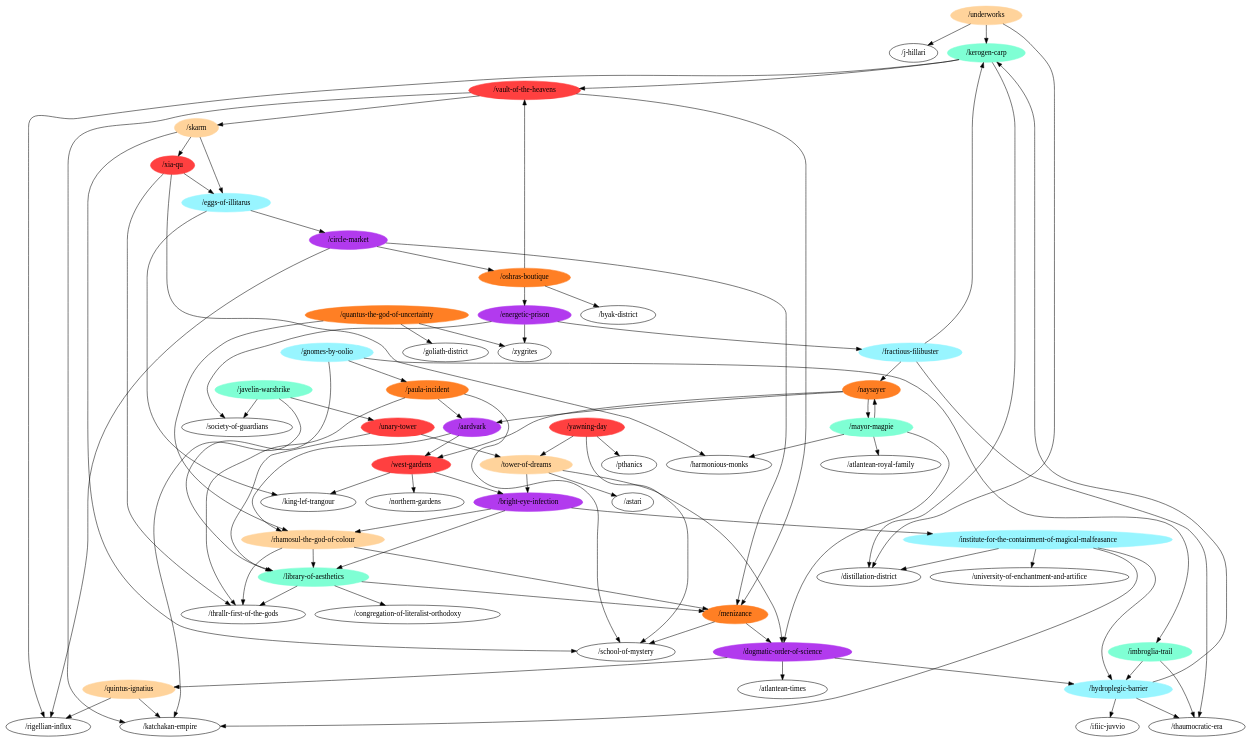
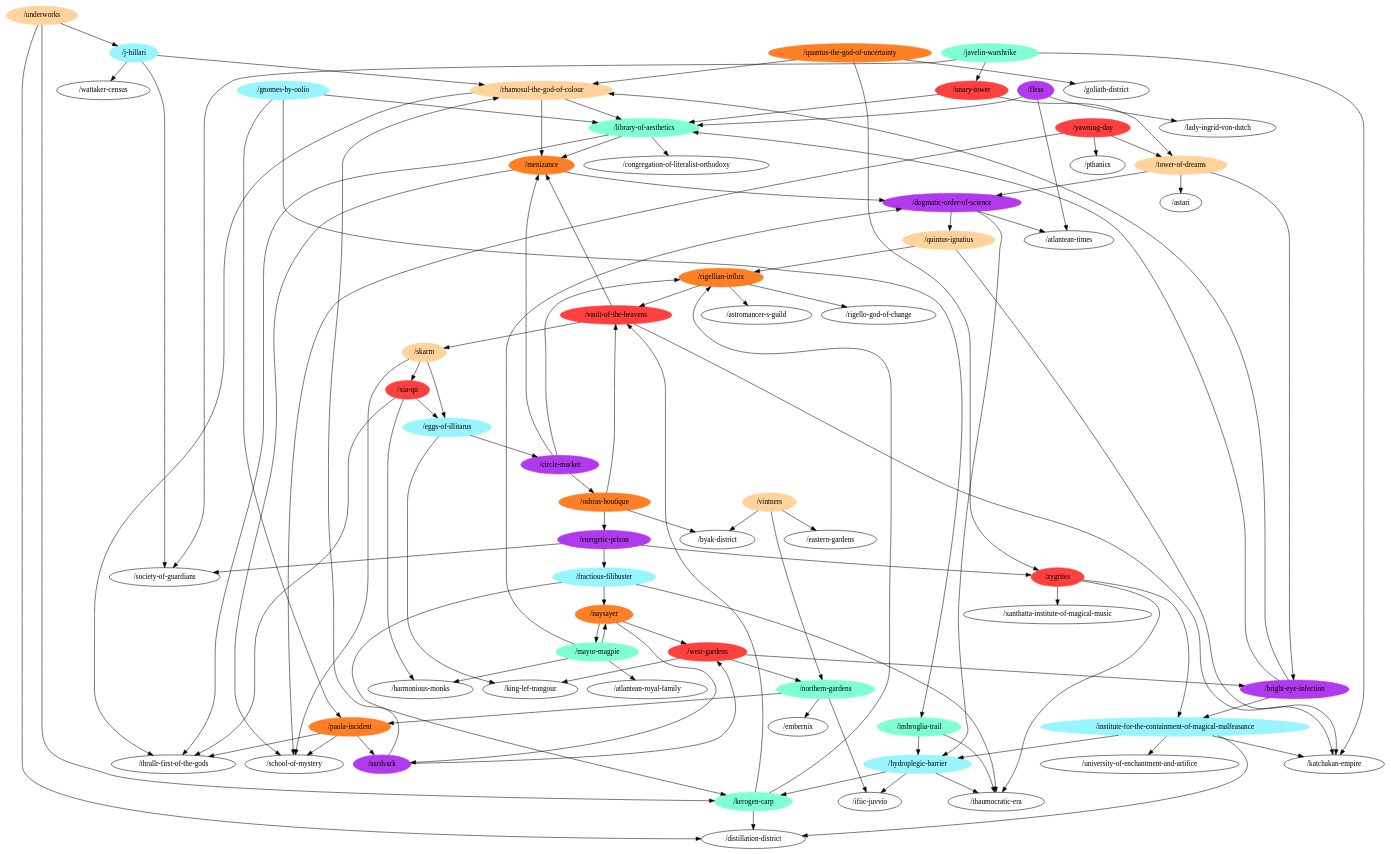
One commit to m-r-hunt/od117-walker changed the diagram in at-general.dot. Above: the diagram before and after it, drawn with Graphviz. The commit also changed 3 other files, not shown here.

Commit message:
Updated graphs.

```diff
--- a/at-general.dot
+++ b/at-general.dot
@@ -1,139 +1,166 @@
 digraph G {
 "/underworks" [color=burlywood1,style=filled];
 "/institute-for-the-containment-of-magical-malfeasance" [color=cadetblue1,style=filled];
-"/j-hillari";
+"/j-hillari" [color=cadetblue1,style=filled];
 "/thrallr-first-of-the-gods";
 "/harmonious-monks";
 "/unary-tower" [color=brown1,style=filled];
 "/kerogen-carp" [color=aquamarine,style=filled];
 "/goliath-district";
 "/atlantean-times";
 "/skarm" [color=burlywood1,style=filled];
 "/energetic-prison" [color=darkorchid2,style=filled];
 "/javelin-warshrike" [color=aquamarine,style=filled];
 "/school-of-mystery";
 "/imbroglia-trail" [color=aquamarine,style=filled];
 "/king-lef-trangour";
 "/rhamosul-the-god-of-colour" [color=burlywood1,style=filled];
 "/eggs-of-illitarus" [color=cadetblue1,style=filled];
 "/quantus-the-god-of-uncertainty" [color=chocolate1,style=filled];
 "/distillation-district";
+"/wattaker-census";
 "/paula-incident" [color=chocolate1,style=filled];
 "/naysayer" [color=chocolate1,style=filled];
+"/lady-ingrid-von-dutch";
 "/ifiic-juvvio";
-"/northern-gardens";
+"/northern-gardens" [color=aquamarine,style=filled];
 "/quintus-ignatius" [color=burlywood1,style=filled];
 "/bright-eye-infection" [color=darkorchid2,style=filled];
 "/society-of-guardians";
 "/byak-district";
+"/xanthatta-institute-of-magical-music";
 "/vault-of-the-heavens" [color=brown1,style=filled];
 "/west-gardens" [color=brown1,style=filled];
+"/vintners" [color=burlywood1,style=filled];
 "/xia-qu" [color=brown1,style=filled];
 "/thaumocratic-era";
 "/mayor-magpie" [color=aquamarine,style=filled];
 "/astari";
 "/yawning-day" [color=brown1,style=filled];
 "/tower-of-dreams" [color=burlywood1,style=filled];
-"/zygrites";
+"/eastern-gardens";
+"/zygrites" [color=brown1,style=filled];
+"/astromancer-s-guild";
 "/atlantean-royal-family";
 "/oshras-boutique" [color=chocolate1,style=filled];
+"/fleas" [color=darkorchid2,style=filled];
+"/rigello-god-of-change";
 "/pthanics";
+"/embernix";
 "/dogmatic-order-of-science" [color=darkorchid2,style=filled];
 "/congregation-of-literalist-orthodoxy";
-"/rigellian-influx";
+"/rigellian-influx" [color=chocolate1,style=filled];
 "/fractious-filibuster" [color=cadetblue1,style=filled];
 "/hydroplegic-barrier" [color=cadetblue1,style=filled];
 "/gnomes-by-oolio" [color=cadetblue1,style=filled];
 "/library-of-aesthetics" [color=aquamarine,style=filled];
 "/circle-market" [color=darkorchid2,style=filled];
 "/menizance" [color=chocolate1,style=filled];
 "/university-of-enchantment-and-artifice";
 "/katchakan-empire";
 "/aardvark" [color=darkorchid2,style=filled];
 "/underworks" -> "/j-hillari";
 "/underworks" -> "/kerogen-carp";
 "/underworks" -> "/distillation-district";
 "/institute-for-the-containment-of-magical-malfeasance" -> "/distillation-district";
 "/institute-for-the-containment-of-magical-malfeasance" -> "/hydroplegic-barrier";
 "/institute-for-the-containment-of-magical-malfeasance" -> "/university-of-enchantment-and-artifice";
 "/institute-for-the-containment-of-magical-malfeasance" -> "/katchakan-empire";
+"/j-hillari" -> "/rhamosul-the-god-of-colour";
+"/j-hillari" -> "/wattaker-census";
+"/j-hillari" -> "/society-of-guardians";
 "/unary-tower" -> "/tower-of-dreams";
 "/unary-tower" -> "/library-of-aesthetics";
 "/kerogen-carp" -> "/distillation-district";
 "/kerogen-carp" -> "/vault-of-the-heavens";
 "/kerogen-carp" -> "/rigellian-influx";
 "/skarm" -> "/school-of-mystery";
 "/skarm" -> "/eggs-of-illitarus";
 "/skarm" -> "/xia-qu";
 "/energetic-prison" -> "/society-of-guardians";
 "/energetic-prison" -> "/zygrites";
 "/energetic-prison" -> "/fractious-filibuster";
 "/javelin-warshrike" -> "/unary-tower";
 "/javelin-warshrike" -> "/society-of-guardians";
 "/javelin-warshrike" -> "/katchakan-empire";
 "/imbroglia-trail" -> "/thaumocratic-era";
 "/imbroglia-trail" -> "/hydroplegic-barrier";
 "/rhamosul-the-god-of-colour" -> "/thrallr-first-of-the-gods";
 "/rhamosul-the-god-of-colour" -> "/library-of-aesthetics";
 "/rhamosul-the-god-of-colour" -> "/menizance";
 "/eggs-of-illitarus" -> "/king-lef-trangour";
 "/eggs-of-illitarus" -> "/circle-market";
 "/quantus-the-god-of-uncertainty" -> "/goliath-district";
 "/quantus-the-god-of-uncertainty" -> "/rhamosul-the-god-of-colour";
 "/quantus-the-god-of-uncertainty" -> "/zygrites";
 "/paula-incident" -> "/thrallr-first-of-the-gods";
 "/paula-incident" -> "/school-of-mystery";
 "/paula-incident" -> "/aardvark";
 "/naysayer" -> "/west-gardens";
 "/naysayer" -> "/mayor-magpie";
 "/naysayer" -> "/aardvark";
+"/northern-gardens" -> "/paula-incident";
+"/northern-gardens" -> "/ifiic-juvvio";
+"/northern-gardens" -> "/embernix";
 "/quintus-ignatius" -> "/rigellian-influx";
 "/quintus-ignatius" -> "/katchakan-empire";
 "/bright-eye-infection" -> "/institute-for-the-containment-of-magical-malfeasance";
 "/bright-eye-infection" -> "/rhamosul-the-god-of-colour";
 "/bright-eye-infection" -> "/library-of-aesthetics";
 "/vault-of-the-heavens" -> "/skarm";
 "/vault-of-the-heavens" -> "/menizance";
 "/vault-of-the-heavens" -> "/katchakan-empire";
 "/west-gardens" -> "/king-lef-trangour";
 "/west-gardens" -> "/northern-gardens";
 "/west-gardens" -> "/bright-eye-infection";
+"/vintners" -> "/northern-gardens";
+"/vintners" -> "/byak-district";
+"/vintners" -> "/eastern-gardens";
 "/xia-qu" -> "/thrallr-first-of-the-gods";
 "/xia-qu" -> "/harmonious-monks";
 "/xia-qu" -> "/eggs-of-illitarus";
 "/mayor-magpie" -> "/harmonious-monks";
 "/mayor-magpie" -> "/naysayer";
 "/mayor-magpie" -> "/atlantean-royal-family";
 "/mayor-magpie" -> "/dogmatic-order-of-science";
 "/yawning-day" -> "/school-of-mystery";
 "/yawning-day" -> "/tower-of-dreams";
 "/yawning-day" -> "/pthanics";
 "/tower-of-dreams" -> "/bright-eye-infection";
 "/tower-of-dreams" -> "/astari";
 "/tower-of-dreams" -> "/dogmatic-order-of-science";
+"/zygrites" -> "/institute-for-the-containment-of-magical-malfeasance";
+"/zygrites" -> "/xanthatta-institute-of-magical-music";
+"/zygrites" -> "/thaumocratic-era";
 "/oshras-boutique" -> "/energetic-prison";
 "/oshras-boutique" -> "/byak-district";
 "/oshras-boutique" -> "/vault-of-the-heavens";
+"/fleas" -> "/atlantean-times";
+"/fleas" -> "/lady-ingrid-von-dutch";
+"/fleas" -> "/library-of-aesthetics";
 "/dogmatic-order-of-science" -> "/atlantean-times";
 "/dogmatic-order-of-science" -> "/quintus-ignatius";
 "/dogmatic-order-of-science" -> "/hydroplegic-barrier";
+"/rigellian-influx" -> "/vault-of-the-heavens";
+"/rigellian-influx" -> "/astromancer-s-guild";
+"/rigellian-influx" -> "/rigello-god-of-change";
 "/fractious-filibuster" -> "/kerogen-carp";
 "/fractious-filibuster" -> "/naysayer";
 "/fractious-filibuster" -> "/thaumocratic-era";
 "/hydroplegic-barrier" -> "/kerogen-carp";
 "/hydroplegic-barrier" -> "/ifiic-juvvio";
 "/hydroplegic-barrier" -> "/thaumocratic-era";
 "/gnomes-by-oolio" -> "/imbroglia-trail";
 "/gnomes-by-oolio" -> "/paula-incident";
 "/gnomes-by-oolio" -> "/library-of-aesthetics";
 "/library-of-aesthetics" -> "/thrallr-first-of-the-gods";
 "/library-of-aesthetics" -> "/congregation-of-literalist-orthodoxy";
 "/library-of-aesthetics" -> "/menizance";
 "/circle-market" -> "/oshras-boutique";
 "/circle-market" -> "/rigellian-influx";
 "/circle-market" -> "/menizance";
 "/menizance" -> "/school-of-mystery";
 "/menizance" -> "/dogmatic-order-of-science";
 "/aardvark" -> "/rhamosul-the-god-of-colour";
 "/aardvark" -> "/west-gardens";
 }
```
